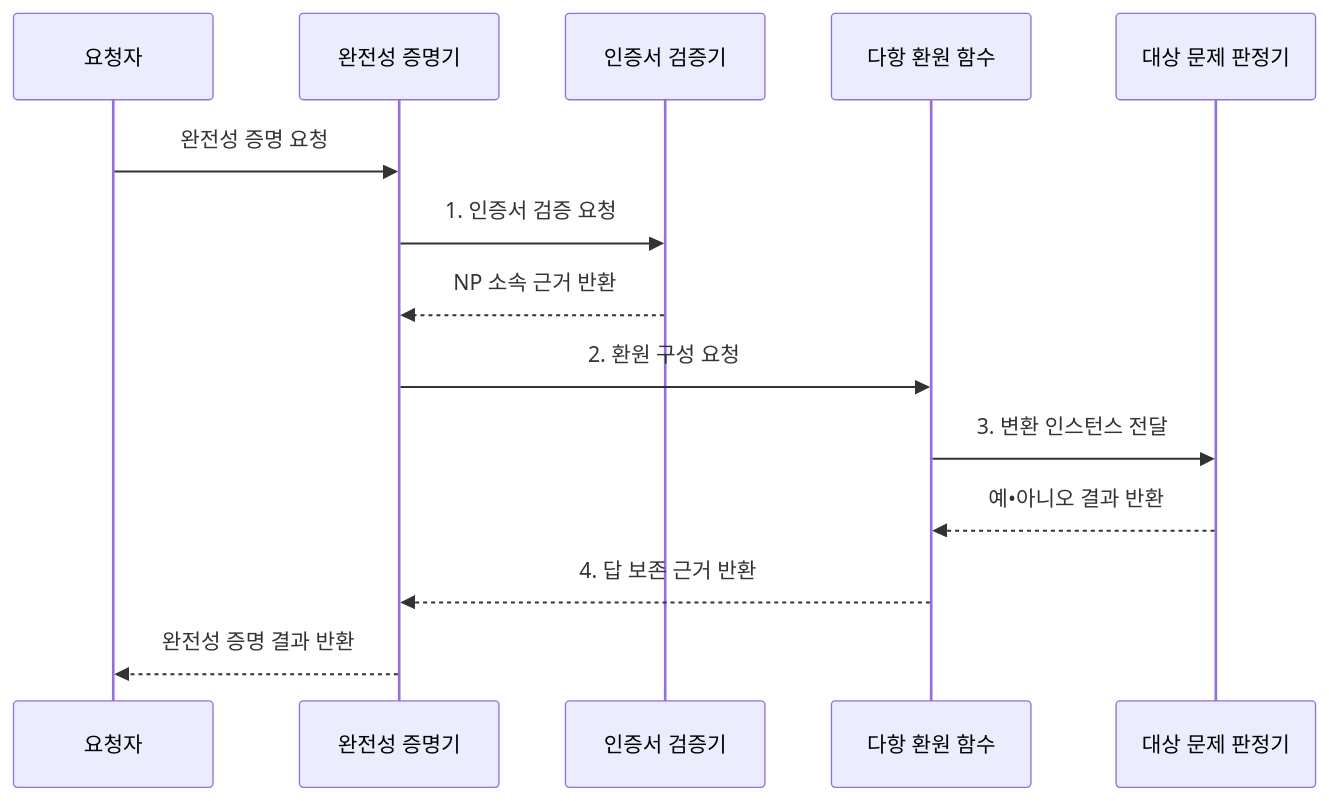
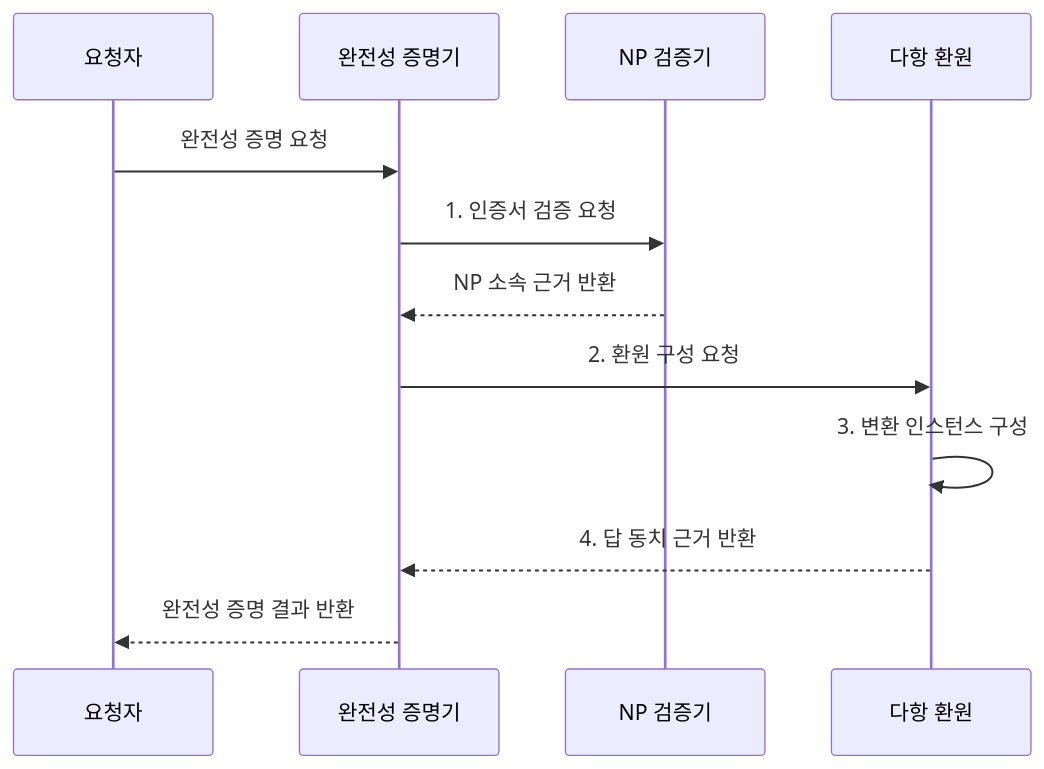
The second of 2 diagrams in src/content/docs/notes/01-basic-theory/019_np_complete.md (agnusdei1207/knowledge-base), drawn with Mermaid before and after one commit. The commit also changed other lines of this file and 4 other files, not shown here.

Commit message:
Reduce algorithm flow participants

````diff
--- a/src/content/docs/notes/01-basic-theory/019_np_complete.md
+++ b/src/content/docs/notes/01-basic-theory/019_np_complete.md
@@ -100,16 +100,14 @@
 ```mermaid
 sequenceDiagram
     participant Q as 요청자
     participant P as 완전성 증명기
-    participant V as 인증서 검증기
-    participant R as 다항 환원 함수
-    participant T as 대상 문제 판정기
+    participant V as NP 검증기
+    participant R as 다항 환원
     Q->>P: 완전성 증명 요청
     P->>V: 1. 인증서 검증 요청
     V-->>P: NP 소속 근거 반환
     P->>R: 2. 환원 구성 요청
-    R->>T: 3. 변환 인스턴스 전달
-    T-->>R: 예•아니오 결과 반환
-    R-->>P: 4. 답 보존 근거 반환
+    R->>R: 3. 변환 인스턴스 구성
+    R-->>P: 4. 답 동치 근거 반환
     P-->>Q: 완전성 증명 결과 반환
 ```
````
